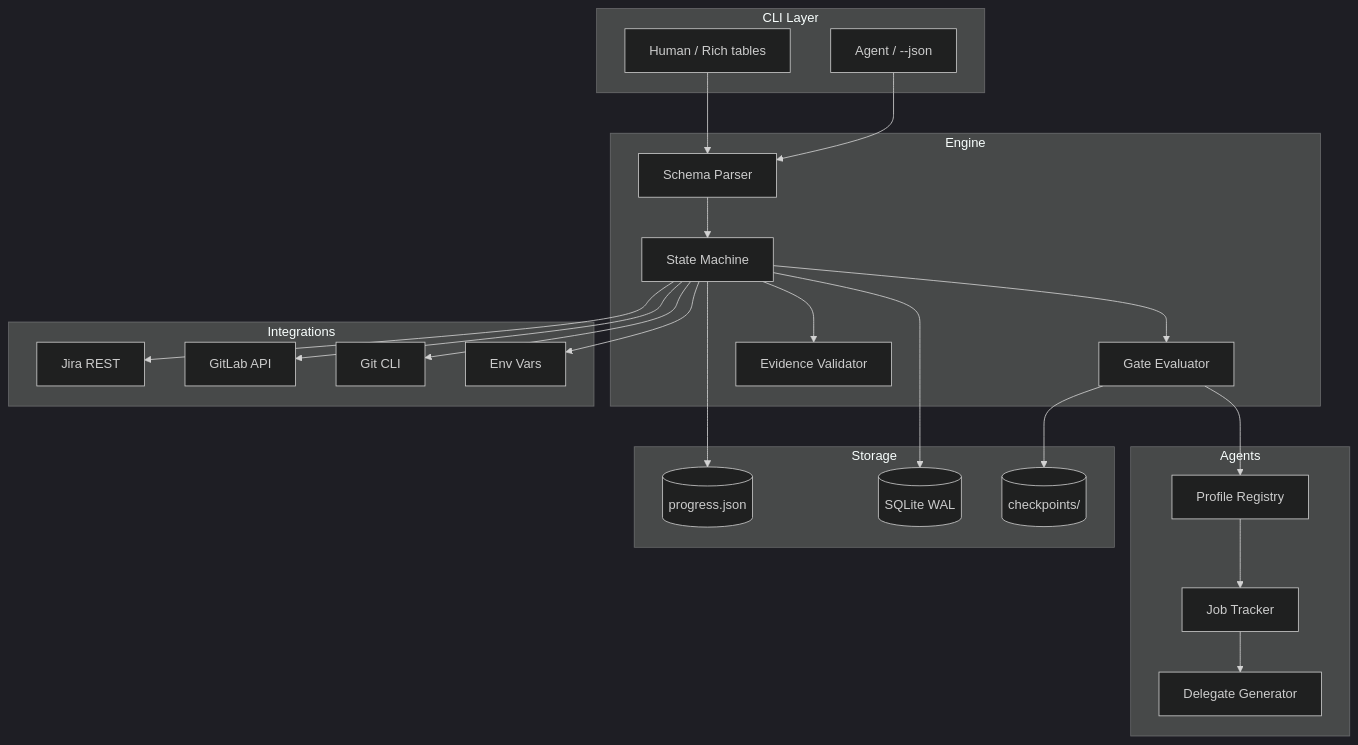
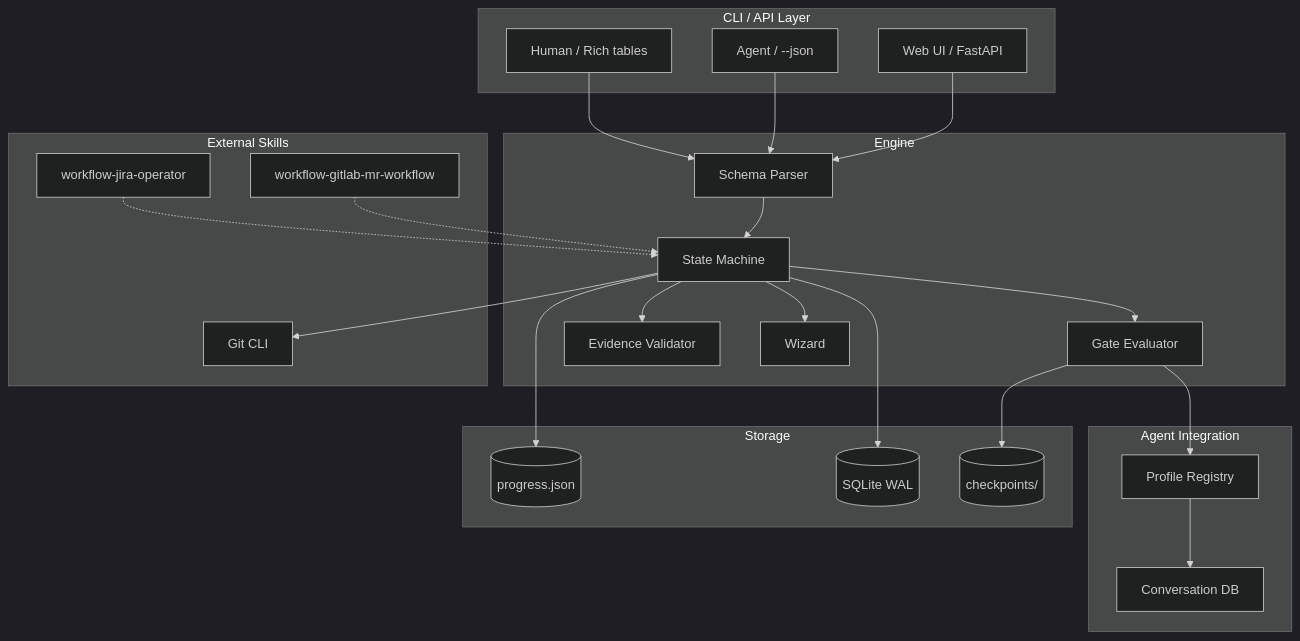
One commit to FerrPOINT/project-workflow changed the second of 2 diagrams in README.md. Above: the diagram before and after it, drawn with Mermaid (dark theme). The commit also changed other lines of this file and 9 other files, not shown here.

First line of the commit message:
refactor: удалён job-tracker, актуализирован README, очищен UI

````diff
--- a/README.md
+++ b/README.md
@@ -261,45 +213,45 @@
 ```mermaid
 flowchart TD
-    subgraph CLI["CLI Layer"]
+    subgraph CLI["CLI / API Layer"]
         A[Human / Rich tables]
         B[Agent / --json]
+        U[Web UI / FastAPI]
     end
     subgraph Engine["Engine"]
         C[Schema Parser]
         D[State Machine]
         E[Gate Evaluator]
         F[Evidence Validator]
+        W[Wizard]
     end
-    subgraph Agents["Agents"]
+    subgraph Agents["Agent Integration"]
         G[Profile Registry]
-        H[Job Tracker]
-        I[Delegate Generator]
+        H[Conversation DB]
     end
     subgraph Storage["Storage"]
         J[(progress.json)]
         K[(SQLite WAL)]
         L[(checkpoints/)]
     end
-    subgraph External["Integrations"]
-        M[Jira REST]
-        N[GitLab API]
+    subgraph External["External Skills"]
+        M[workflow-jira-operator]
+        N[workflow-gitlab-mr-workflow]
         O[Git CLI]
-        P[Env Vars]
     end
 
     A --> C
     B --> C
+    U --> C
     C --> D
     D --> E
     D --> F
+    D --> W
     E --> G
     G --> H
-    H --> I
     D --> J
     D --> K
     E --> L
-    D --> M
-    D --> N
     D --> O
-    D --> P
+    M -.-> D
+    N -.-> D
 ```
````
